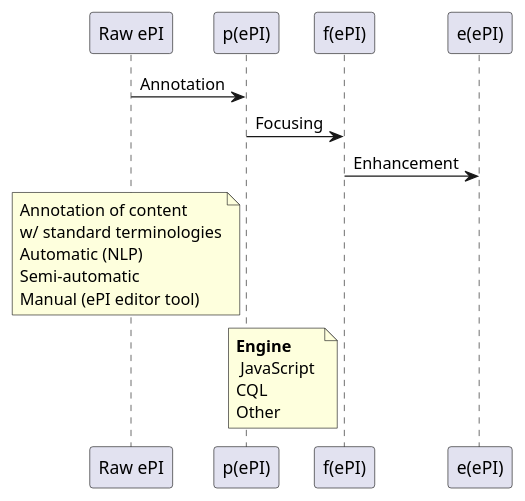
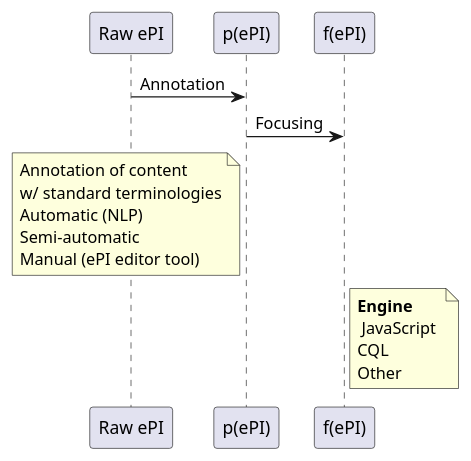
One commit to hl7-eu/gravitate-health changed the diagram in input/images-source/e2e-focusing.plantuml. Above: the diagram before and after it, drawn with PlantUML. The commit also changed 5 other files, not shown here.

```diff
--- a/input/images-source/e2e-focusing.plantuml
+++ b/input/images-source/e2e-focusing.plantuml
@@ -1,17 +1,16 @@
 @startuml 
 
 
 "Raw ePI"-> "p(ePI)": Annotation
 
 
 "p(ePI)"->"f(ePI)": Focusing
 
 
-"f(ePI)"->"e(ePI)": Enhancement
 
 note left of "p(ePI)": Annotation of content \nw/ standard terminologies\nAutomatic (NLP)\nSemi-automatic\nManual (ePI editor tool)
 
 
-note left of "f(ePI)": **Engine**\n JavaScript \nCQL\nOther
+note right of "f(ePI)": **Engine**\n JavaScript \nCQL\nOther
 
 @enduml
```
